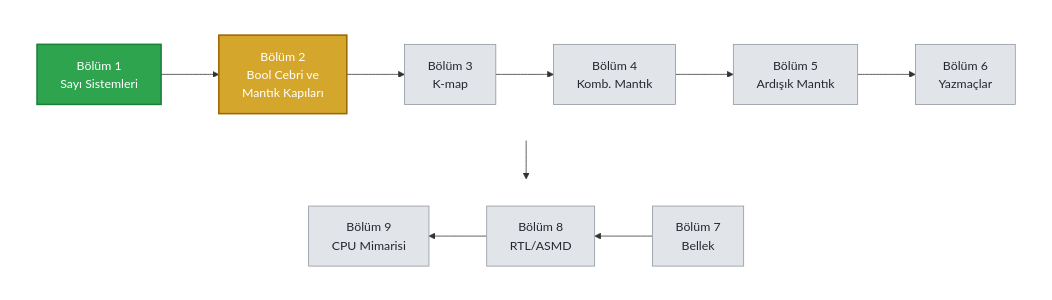
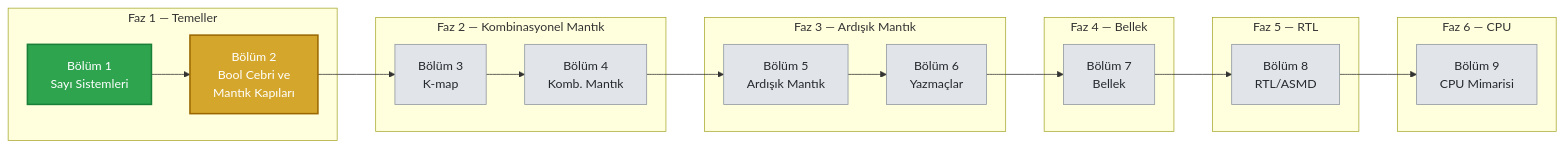
One commit to SafakSahinn/sifirdan-islemciye changed the diagram in README.md. Above: the diagram before and after it, drawn with Mermaid. The commit also changed other lines of this file and 8 other files, not shown here.

````diff
--- a/README.md
+++ b/README.md
@@ -22,33 +22,34 @@
 ```mermaid
-flowchart TD
-    subgraph Row1[" "]
-        direction LR
+flowchart LR
+    subgraph F1["Faz 1 — Temeller"]
         B1["Bölüm 1<br/>Sayı Sistemleri"]
         B2["Bölüm 2<br/>Bool Cebri ve<br/>Mantık Kapıları"]
+    end
+    subgraph F2["Faz 2 — Kombinasyonel Mantık"]
         B3["Bölüm 3<br/>K-map"]
         B4["Bölüm 4<br/>Komb. Mantık"]
+    end
+    subgraph F3["Faz 3 — Ardışık Mantık"]
         B5["Bölüm 5<br/>Ardışık Mantık"]
         B6["Bölüm 6<br/>Yazmaçlar"]
     end
-
-    subgraph Row2[" "]
-        direction RL
-        B9["Bölüm 9<br/>CPU Mimarisi"]
-        B8["Bölüm 8<br/>RTL/ASMD"]
+    subgraph F4["Faz 4 — Bellek"]
         B7["Bölüm 7<br/>Bellek"]
     end
+    subgraph F5["Faz 5 — RTL"]
+        B8["Bölüm 8<br/>RTL/ASMD"]
+    end
+    subgraph F6["Faz 6 — CPU"]
+        B9["Bölüm 9<br/>CPU Mimarisi"]
+    end
 
-    B1 --> B2 --> B3 --> B4 --> B5 --> B6
-    B6 --> B7
-    B7 --> B8 --> B9
+    B1 --> B2 --> B3 --> B4 --> B5 --> B6 --> B7 --> B8 --> B9
 
     class B1 done
     class B2 progress
     class B3,B4,B5,B6,B7,B8,B9 todo
 
     classDef done fill:#2ea44f,stroke:#1a7f37,color:#ffffff,stroke-width:2px
     classDef progress fill:#d4a72c,stroke:#9a6700,color:#ffffff,stroke-width:2px
     classDef todo fill:#e1e4e8,stroke:#8c959f,color:#24292f,stroke-width:1px
-    style Row1 fill:transparent,stroke:transparent
-    style Row2 fill:transparent,stroke:transparent
 ```
````
